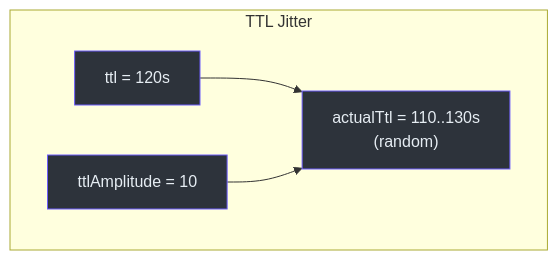
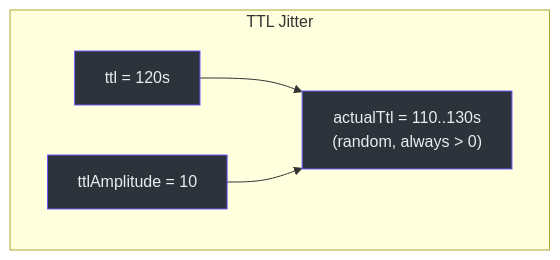
One commit to Ahoo-Wang/CoCache changed the first of 3 diagrams in wiki/guide/configuration.md. Above: the diagram before and after it, drawn with Mermaid. The commit also changed other lines of this file and 256 other files, not shown here.

````diff
--- a/wiki/guide/configuration.md
+++ b/wiki/guide/configuration.md
@@ -30,16 +36,16 @@
 ```mermaid
 graph LR
     subgraph ttl_jitter ["TTL Jitter"]
         direction LR
         TTL["ttl = 120s"]
         Amp["ttlAmplitude = 10"]
-        Result["actualTtl = 110..130s<br>(random)"]
+        Result["actualTtl = 110..130s<br>(random, always > 0)"]
     end
 
     TTL --> Result
     Amp --> Result
 
     style TTL fill:#2d333b,stroke:#6d5dfc,color:#e6edf3
     style Amp fill:#2d333b,stroke:#6d5dfc,color:#e6edf3
     style Result fill:#2d333b,stroke:#6d5dfc,color:#e6edf3
 ```
````
